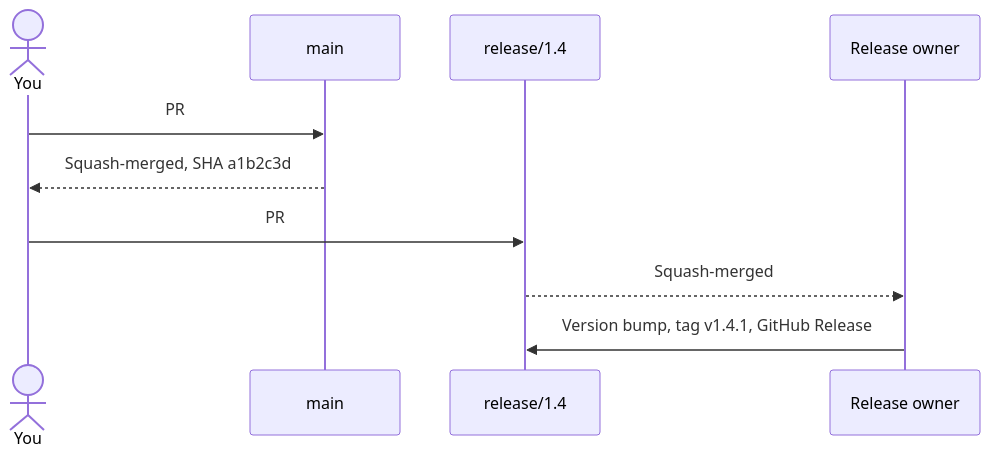
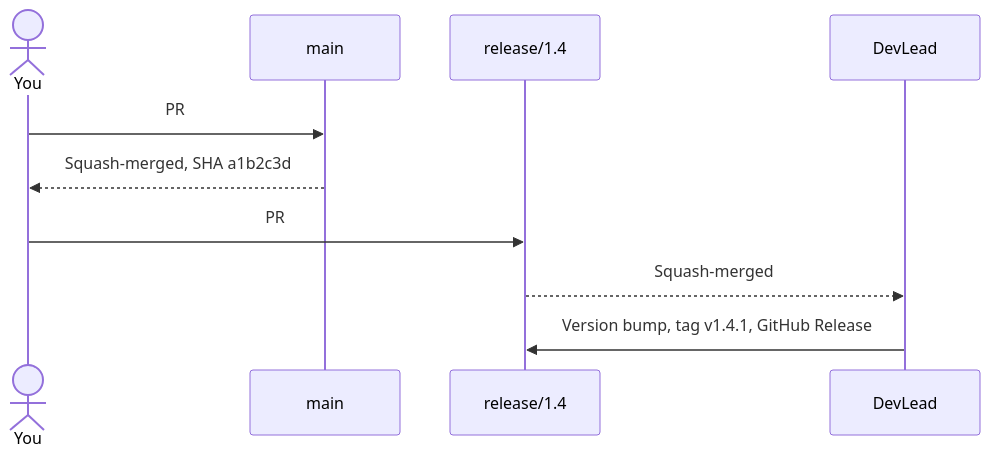
The sixth of 12 diagrams in DEVELOPER_GUIDE.md (igrbesa/Release-versioning-options), drawn with Mermaid before and after one commit. The commit also changed other lines of this file, not shown here.

First line of the commit message:
Map release ownership to Scrum roles and expand the history diagram.

````diff
--- a/DEVELOPER_GUIDE.md
+++ b/DEVELOPER_GUIDE.md
@@ -261,13 +401,13 @@
 ```mermaid
 sequenceDiagram
     actor You
     participant Main as main
     participant Rel as release/1.4
-    participant Owner as Release owner
+    participant Owner as DevLead
 
     You->>Main: PR #431, fix the crash
     Main-->>You: Squash-merged, SHA a1b2c3d
     You->>Rel: PR #432, cherry-pick a1b2c3d
     Rel-->>Owner: Squash-merged
     Owner->>Rel: Version bump, tag v1.4.1, GitHub Release
 ```
````
